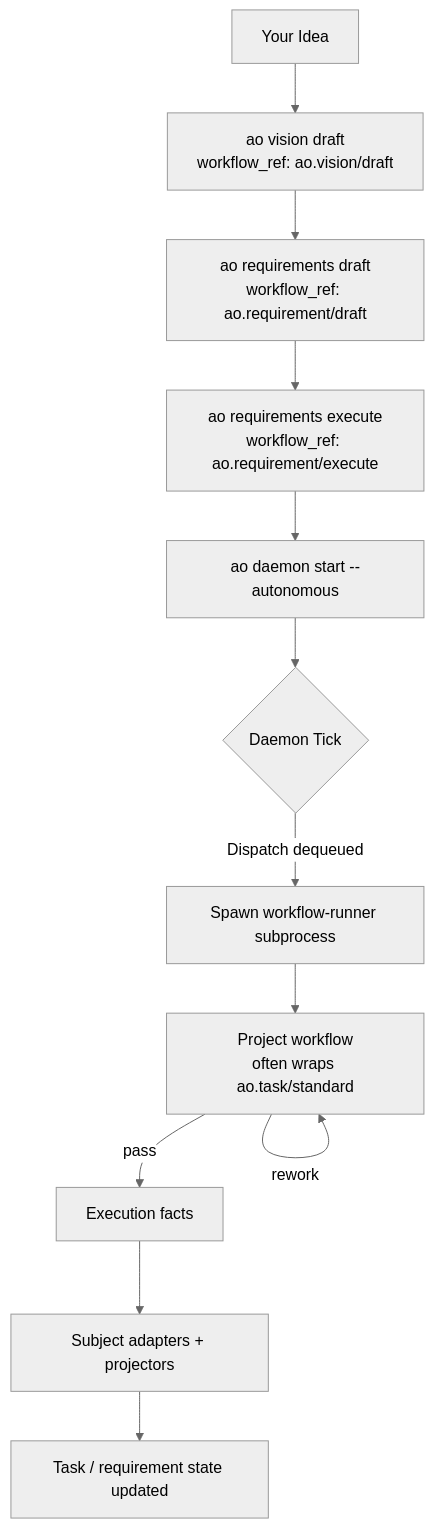
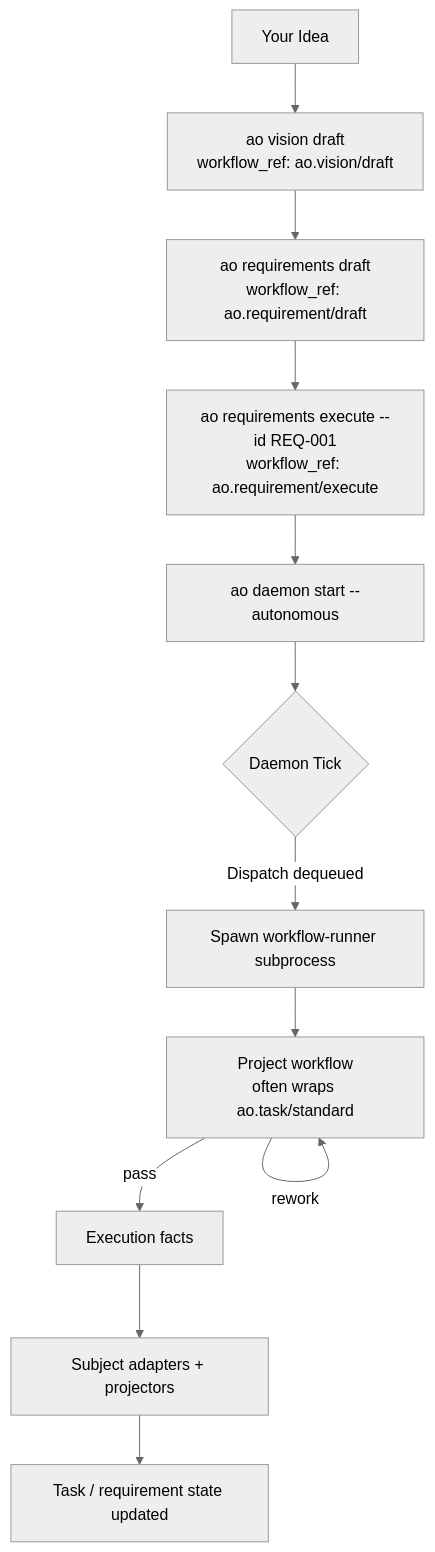
Before and after one commit to renakdata17/animus-cli: the diagram in docs/getting-started/typical-day.md, drawn with Mermaid (neutral theme). The commit also changed other lines of this file and 20 other files, not shown here.

````diff
--- a/docs/getting-started/typical-day.md
+++ b/docs/getting-started/typical-day.md
@@ -8,16 +8,16 @@
 ```mermaid
 flowchart TB
     IDEA["Your Idea"]
     --> VISION["ao vision draft<br/>workflow_ref: ao.vision/draft"]
     --> REQS["ao requirements draft<br/>workflow_ref: ao.requirement/draft"]
-    --> EXECUTE["ao requirements execute<br/>workflow_ref: ao.requirement/execute"]
+    --> EXECUTE["ao requirements execute --id REQ-001<br/>workflow_ref: ao.requirement/execute"]
     --> DAEMON["ao daemon start --autonomous"]
 
     DAEMON --> LOOP{"Daemon Tick"}
     LOOP -->|"Dispatch dequeued"| RUNNER["Spawn workflow-runner subprocess"]
     RUNNER --> PIPELINE["Project workflow<br/>often wraps ao.task/standard"]
     PIPELINE -->|"pass"| FACTS["Execution facts"]
     PIPELINE -->|"rework"| PIPELINE
     FACTS --> PROJECTORS["Subject adapters + projectors"]
     PROJECTORS --> DONE["Task / requirement state updated"]
 ```
````
